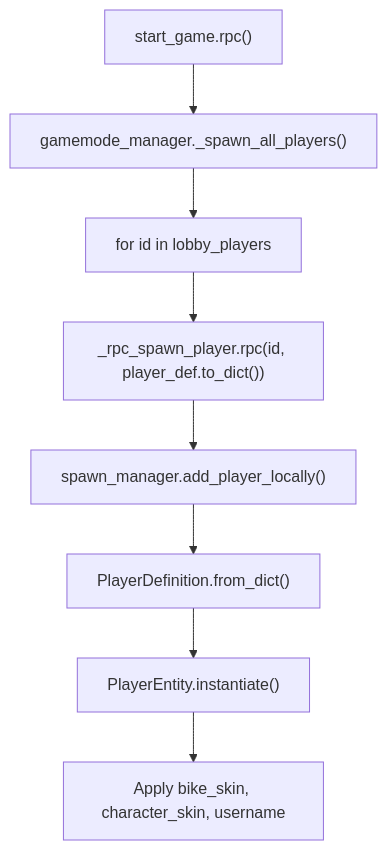
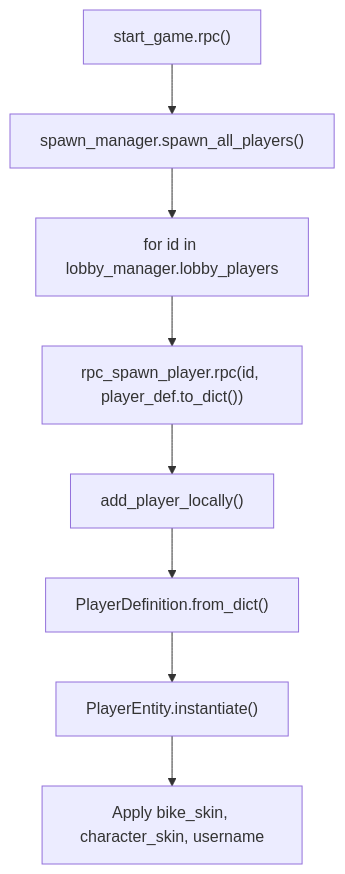
The ninth of 13 diagrams in v2/planning_docs/LobbyGameFlowMP.md (ssebs/DankNooner), drawn with Mermaid before and after one commit. The commit also changed other lines of this file and 2 other files, not shown here.

````diff
--- a/v2/planning_docs/LobbyGameFlowMP.md
+++ b/v2/planning_docs/LobbyGameFlowMP.md
@@ -300,10 +309,10 @@
 ```mermaid
 flowchart TB
-    A["start_game.rpc()"] --> B["gamemode_manager._spawn_all_players()"]
-    B --> C["for id in lobby_players"]
-    C --> D["_rpc_spawn_player.rpc(id, player_def.to_dict())"]
-    D --> E["spawn_manager.add_player_locally()"]
+    A["start_game.rpc()"] --> B["spawn_manager.spawn_all_players()"]
+    B --> C["for id in lobby_manager.lobby_players"]
+    C --> D["rpc_spawn_player.rpc(id, player_def.to_dict())"]
+    D --> E["add_player_locally()"]
     E --> F["PlayerDefinition.from_dict()"]
     F --> G["PlayerEntity.instantiate()"]
     G --> H["Apply bike_skin, character_skin, username"]
 ```
````
